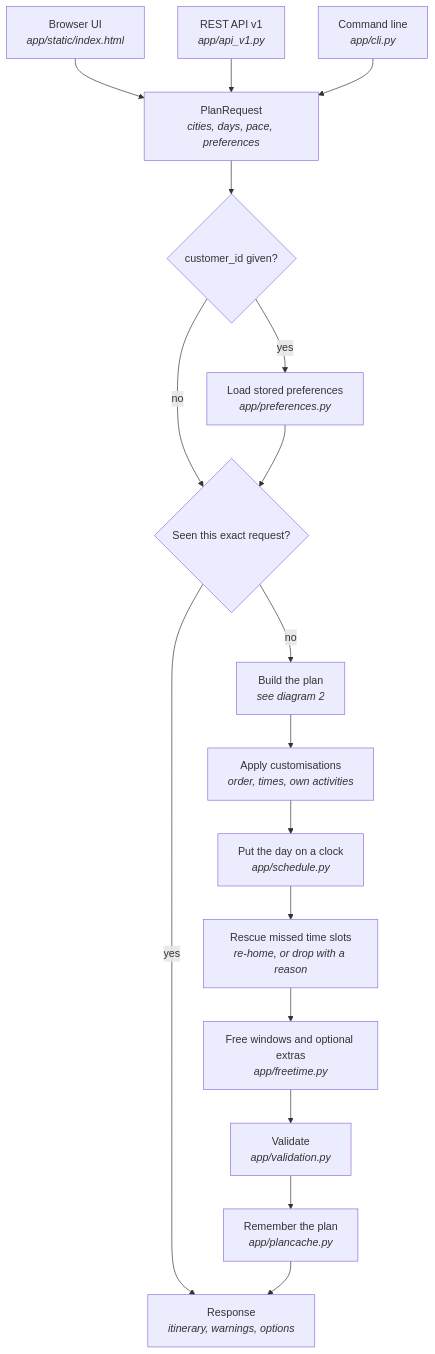
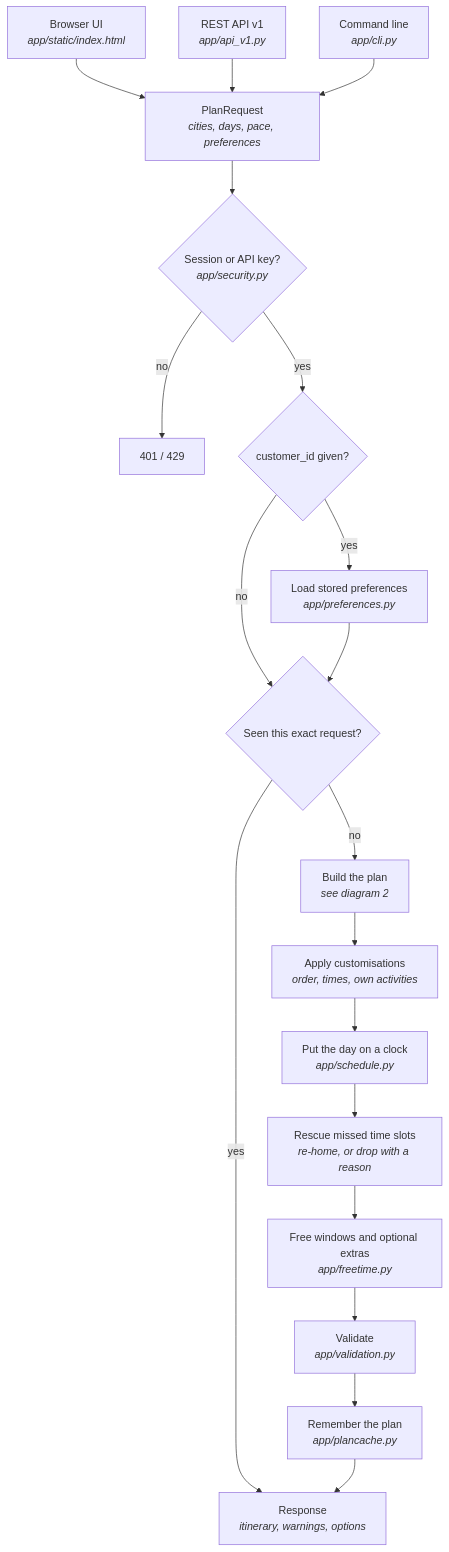
One commit to AshISgreaT1/itinerary-builder changed the first of 4 diagrams in itinerary_engine/docs/workflow.md. Above: the diagram before and after it, drawn with Mermaid. The commit also changed other lines of this file and 21 other files, not shown here.

````diff
--- a/itinerary_engine/docs/workflow.md
+++ b/itinerary_engine/docs/workflow.md
@@ -11,22 +11,24 @@
 ```mermaid
 flowchart TD
     UI["Browser UI<br/><i>app/static/index.html</i>"] --> REQ
     API["REST API v1<br/><i>app/api_v1.py</i>"] --> REQ
     CLI["Command line<br/><i>app/cli.py</i>"] --> REQ
 
-    REQ["PlanRequest<br/><i>cities, days, pace, preferences</i>"] --> PREF
+    REQ["PlanRequest<br/><i>cities, days, pace, preferences</i>"] --> GUARD
+    GUARD{"Session or API key?<br/><i>app/security.py</i>"} -->|no| DENY["401 / 429"]
+    GUARD -->|yes| PREF
     PREF{"customer_id given?"} -->|yes| LOAD["Load stored preferences<br/><i>app/preferences.py</i>"]
     PREF -->|no| CACHE
     LOAD --> CACHE
 
     CACHE{"Seen this exact request?"} -->|yes| OUT
     CACHE -->|no| PLAN["Build the plan<br/><i>see diagram 2</i>"]
 
     PLAN --> CUST["Apply customisations<br/><i>order, times, own activities</i>"]
     CUST --> CLOCK["Put the day on a clock<br/><i>app/schedule.py</i>"]
     CLOCK --> SLOTS["Rescue missed time slots<br/><i>re-home, or drop with a reason</i>"]
     SLOTS --> FREE["Free windows and optional extras<br/><i>app/freetime.py</i>"]
     FREE --> VAL["Validate<br/><i>app/validation.py</i>"]
     VAL --> STORE["Remember the plan<br/><i>app/plancache.py</i>"]
     STORE --> OUT["Response<br/><i>itinerary, warnings, options</i>"]
 ```
````
